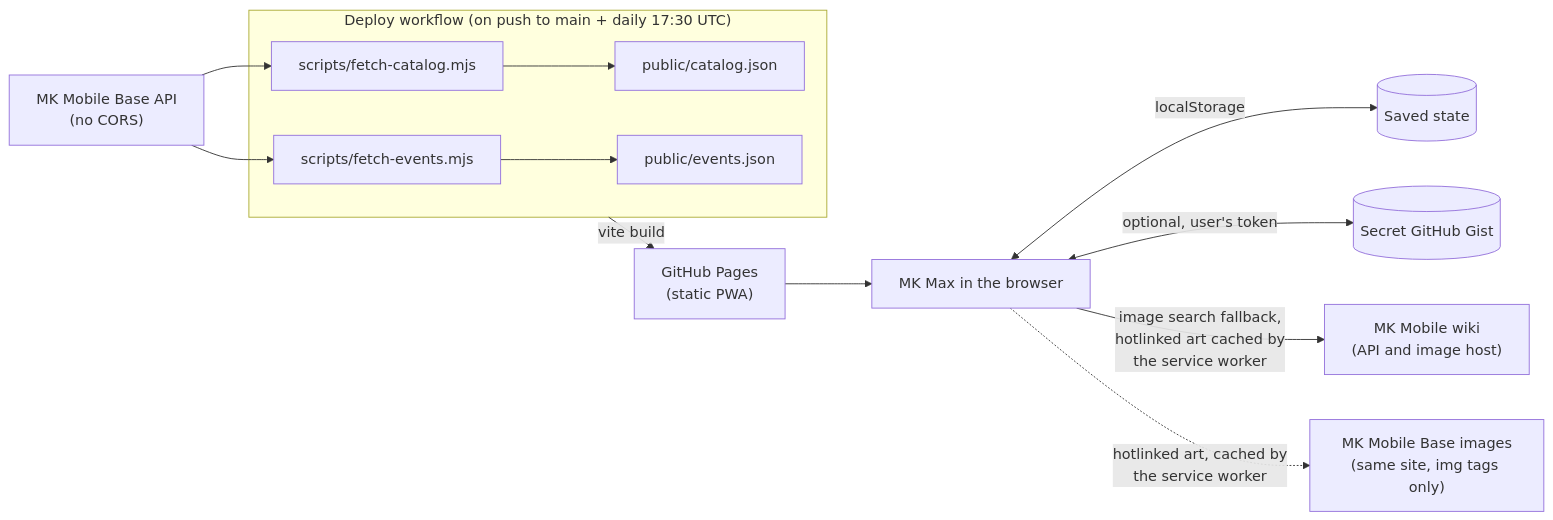
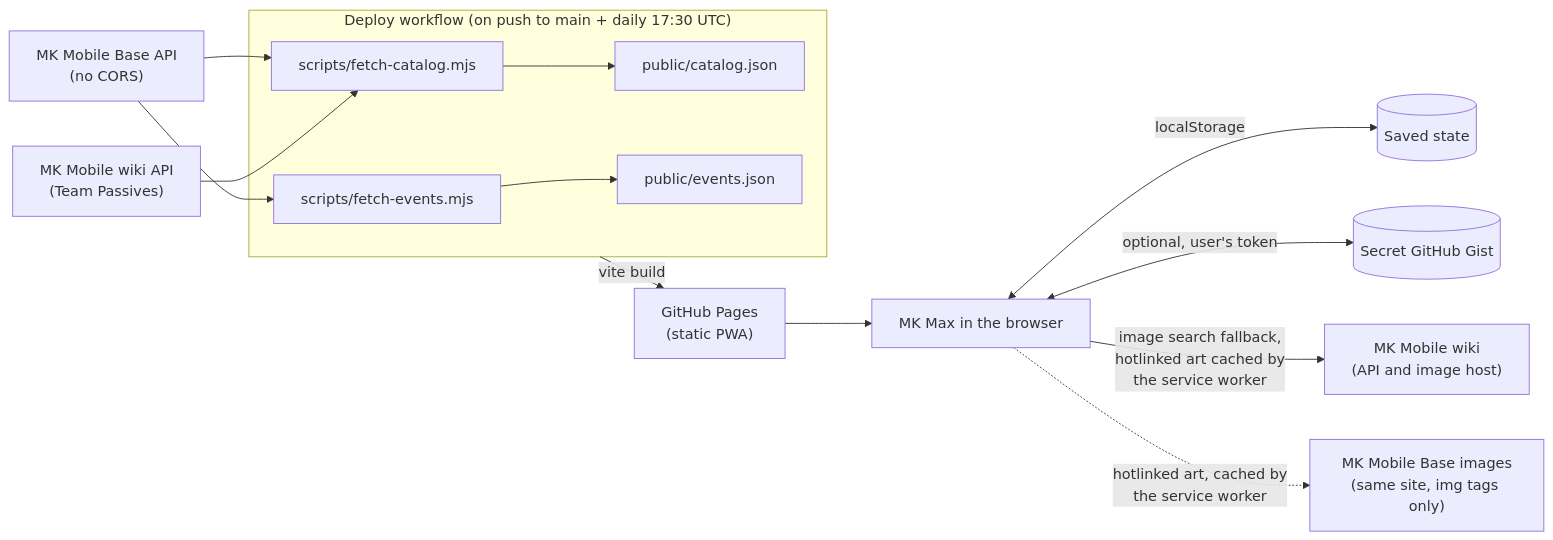
Before and after one commit to Simba3696/mkmax: the first of 3 diagrams in docs/architecture.md, drawn with Mermaid. The commit also changed other lines of this file and 4 other files, not shown here.

````diff
--- a/docs/architecture.md
+++ b/docs/architecture.md
@@ -9,14 +9,15 @@
 ```mermaid
 flowchart LR
   subgraph CI["Deploy workflow (on push to main + daily 17:30 UTC)"]
     F1["scripts/fetch-catalog.mjs"] --> C["public/catalog.json"]
     F2["scripts/fetch-events.mjs"] --> E["public/events.json"]
   end
   MKB["MK Mobile Base API<br/>(no CORS)"] --> F1 & F2
+  WikiAPI["MK Mobile wiki API<br/>(Team Passives)"] --> F1
   CI -->|"vite build"| GP["GitHub Pages<br/>(static PWA)"]
   GP --> App["MK Max in the browser"]
   App <-->|"localStorage"| LS[("Saved state")]
   App <-->|"optional, user's token"| Gist[("Secret GitHub Gist")]
   App -->|"image search fallback,<br/>hotlinked art cached by<br/>the service worker"| Wiki["MK Mobile wiki<br/>(API and image host)"]
   App -.->|"hotlinked art, cached by<br/>the service worker"| MKBImg["MK Mobile Base images<br/>(same site, img tags only)"]
 ```
````
